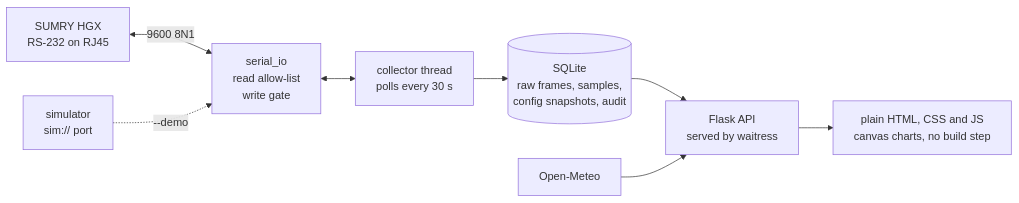
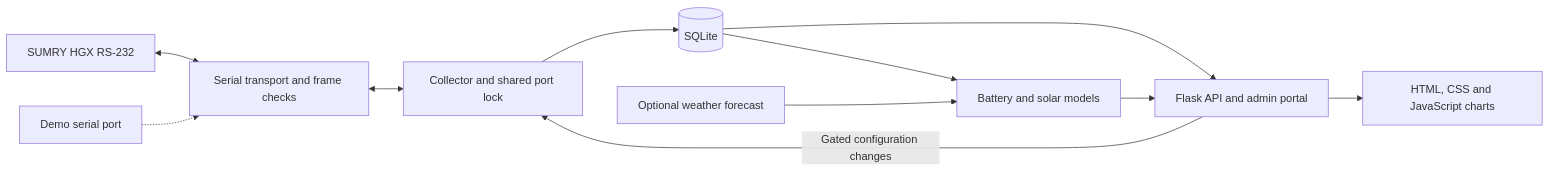
The diagram in README.md (AbdelRahmanBouri/sumry-hgx-solar-monitor), drawn with Mermaid before and after one commit. The commit also changed other lines of this file and 13 other files, not shown here.

Commit message:
Expand write-path coverage and document the portfolio demo

````diff
--- a/README.md
+++ b/README.md
@@ -46,10 +41,13 @@
 ```mermaid
 flowchart LR
-  INV[SUMRY HGX<br>RS-232 on RJ45] <-->|9600 8N1| SER[serial_io<br>read allow-list<br>write gate]
-  SIM[simulator<br>sim:// port] -.->|--demo| SER
-  SER <--> COL[collector thread<br>polls every 30 s]
-  COL --> DB[(SQLite<br>raw frames, samples,<br>config snapshots, audit)]
-  DB --> API[Flask API<br>served by waitress]
-  WX[Open-Meteo] --> API
-  API --> UI[plain HTML, CSS and JS<br>canvas charts, no build step]
+  INV[SUMRY HGX RS-232] <--> IO[Serial transport and frame checks]
+  SIM[Demo serial port] -.-> IO
+  IO <--> COL[Collector and shared port lock]
+  COL --> DB[(SQLite)]
+  DB --> WEB[Flask API and admin portal]
+  DB --> MODEL[Battery and solar models]
+  WX[Optional weather forecast] --> MODEL
+  MODEL --> WEB
+  WEB --> UI[HTML, CSS and JavaScript charts]
+  WEB -->|Gated configuration changes| COL
 ```
````
